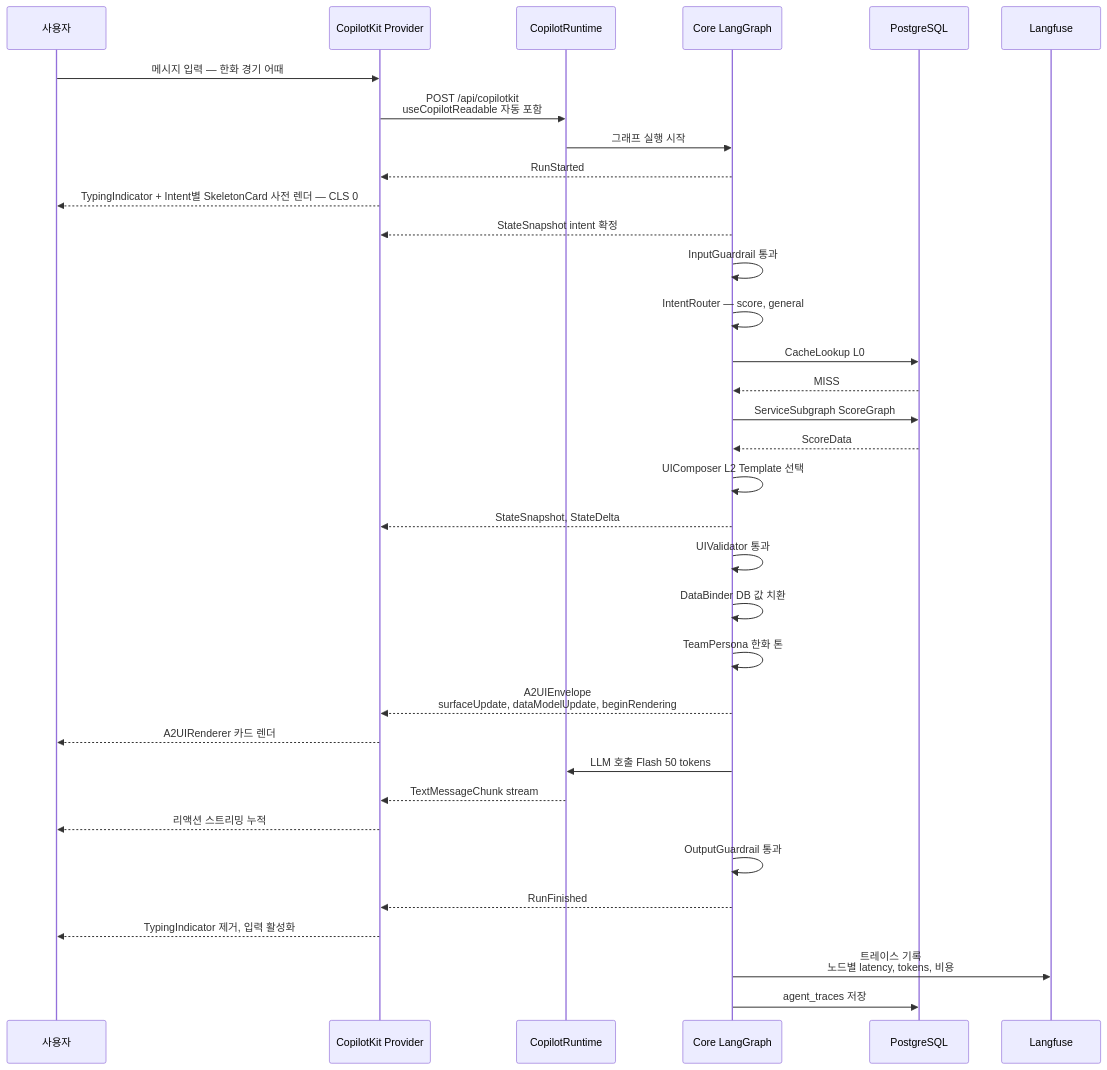
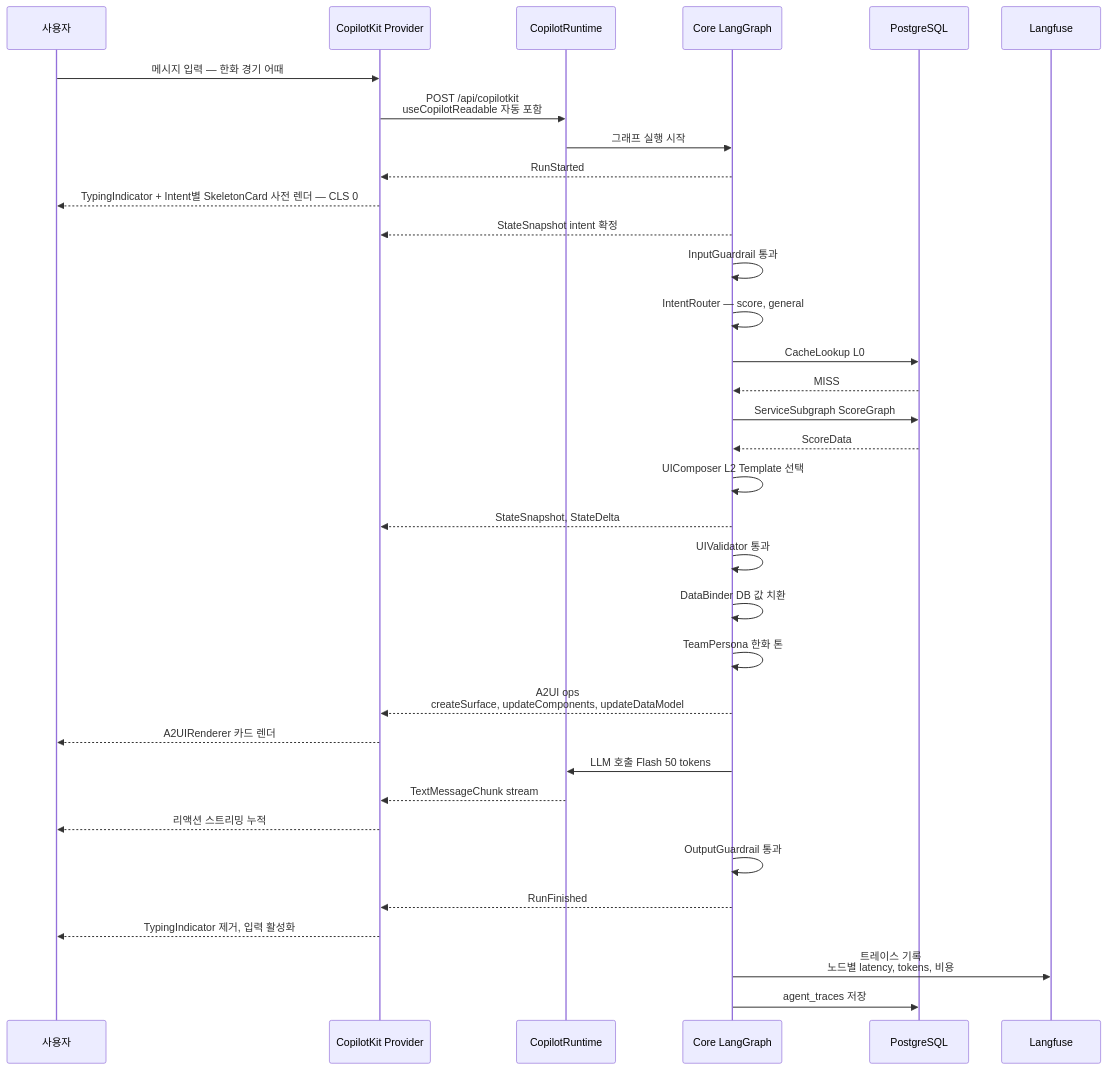
Before and after one commit to leonardo204/Batdi: the diagram in Ref-docs/specs/interface/batdi-agui-contract.md, drawn with Mermaid. The commit also changed other lines of this file and 3 other files, not shown here.

````diff
--- a/Ref-docs/specs/interface/batdi-agui-contract.md
+++ b/Ref-docs/specs/interface/batdi-agui-contract.md
@@ -16,41 +16,41 @@
 ```mermaid
 sequenceDiagram
     participant U as 사용자
     participant C as CopilotKit Provider
     participant R as CopilotRuntime
     participant G as Core LangGraph
     participant P as PostgreSQL
     participant L as Langfuse
 
     U->>C: 메시지 입력 — 한화 경기 어때
     C->>R: POST /api/copilotkit<br>useCopilotReadable 자동 포함
     R->>G: 그래프 실행 시작
     G-->>C: RunStarted
     C-->>U: TypingIndicator + Intent별 SkeletonCard 사전 렌더 — CLS 0
     G-->>C: StateSnapshot intent 확정
 
     G->>G: InputGuardrail 통과
     G->>G: IntentRouter — score, general
     G->>P: CacheLookup L0
     P-->>G: MISS
 
     G->>P: ServiceSubgraph ScoreGraph
     P-->>G: ScoreData
     G->>G: UIComposer L2 Template 선택
     G-->>C: StateSnapshot, StateDelta
     G->>G: UIValidator 통과
     G->>G: DataBinder DB 값 치환
     G->>G: TeamPersona 한화 톤
-    G-->>C: A2UIEnvelope<br>surfaceUpdate, dataModelUpdate, beginRendering
+    G-->>C: A2UI ops<br>createSurface, updateComponents, updateDataModel
     C-->>U: A2UIRenderer 카드 렌더
 
     G->>R: LLM 호출 Flash 50 tokens
     R-->>C: TextMessageChunk stream
     C-->>U: 리액션 스트리밍 누적
     G->>G: OutputGuardrail 통과
     G-->>C: RunFinished
     C-->>U: TypingIndicator 제거, 입력 활성화
 
     G->>L: 트레이스 기록<br>노드별 latency, tokens, 비용
     G->>P: agent_traces 저장
 ```
````
